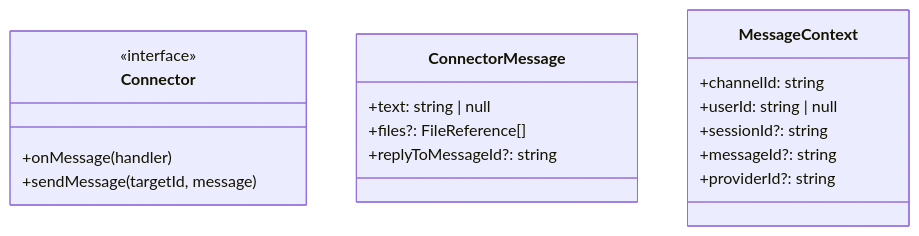
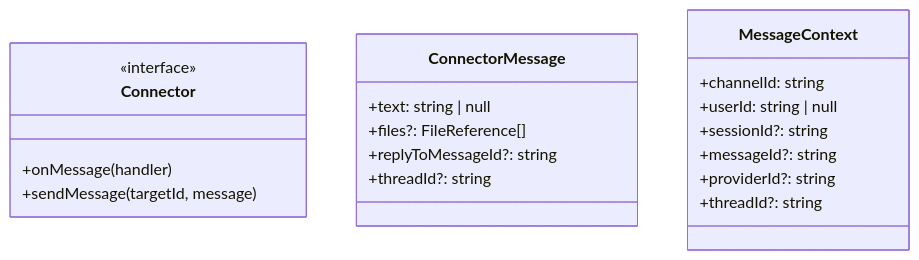
The first of 2 diagrams in docs/connectors.md (ex3ndr/claybot), drawn with Mermaid before and after one commit. The commit also changed other lines of this file and 3 other files, not shown here.

````diff
--- a/docs/connectors.md
+++ b/docs/connectors.md
@@ -16,20 +16,22 @@
 ```mermaid
 classDiagram
   class Connector {
     <<interface>>
     +onMessage(handler)
     +sendMessage(targetId, message)
   }
   class ConnectorMessage {
     +text: string | null
     +files?: FileReference[]
     +replyToMessageId?: string
+    +threadId?: string
   }
   class MessageContext {
     +channelId: string
     +userId: string | null
     +sessionId?: string
     +messageId?: string
     +providerId?: string
+    +threadId?: string
   }
 ```
````
